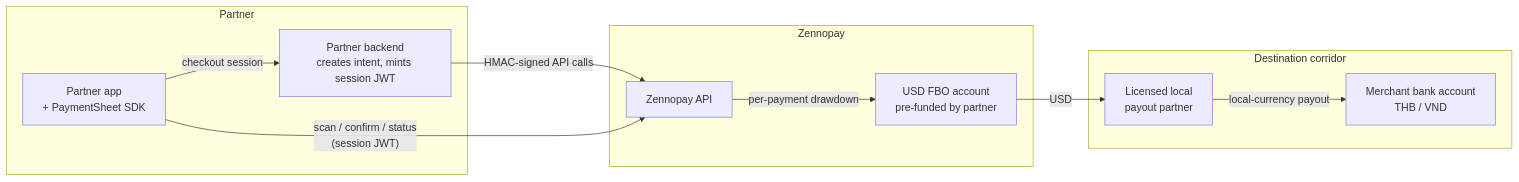
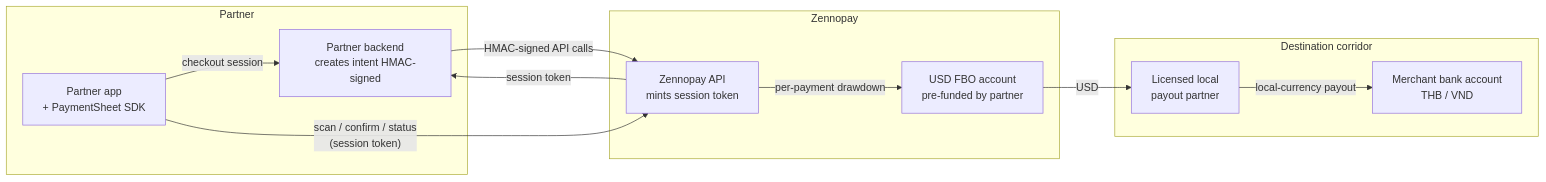
The diagram in how-zennopay-works.mdx (Zennopay/zennopay-docs), drawn with Mermaid before and after one commit. The commit also changed other lines of this file and 25 other files, not shown here.

First line of the commit message:
docs: rewrite public docs to Model B (HMAC-only) integration flow (#2)

````diff
--- a/how-zennopay-works.mdx
+++ b/how-zennopay-works.mdx
@@ -12,22 +12,23 @@
 ```mermaid
 flowchart LR
     subgraph Partner
         App[Partner app<br/>+ PaymentSheet SDK]
-        BE[Partner backend<br/>creates intent, mints session JWT]
+        BE[Partner backend<br/>creates intent HMAC-signed]
     end
     subgraph Zennopay
-        API[Zennopay API]
+        API[Zennopay API<br/>mints session token]
         FBO[USD FBO account<br/>pre-funded by partner]
     end
     subgraph Corridor [Destination corridor]
         Rail[Licensed local<br/>payout partner]
         M[Merchant bank account<br/>THB / VND]
     end
 
     App -- "checkout session" --> BE
     BE -- "HMAC-signed API calls" --> API
-    App -- "scan / confirm / status<br/>(session JWT)" --> API
+    API -- "session token" --> BE
+    App -- "scan / confirm / status<br/>(session token)" --> API
     API -- "per-payment drawdown" --> FBO
     FBO -- "USD" --> Rail
     Rail -- "local-currency payout" --> M
 ```
````
